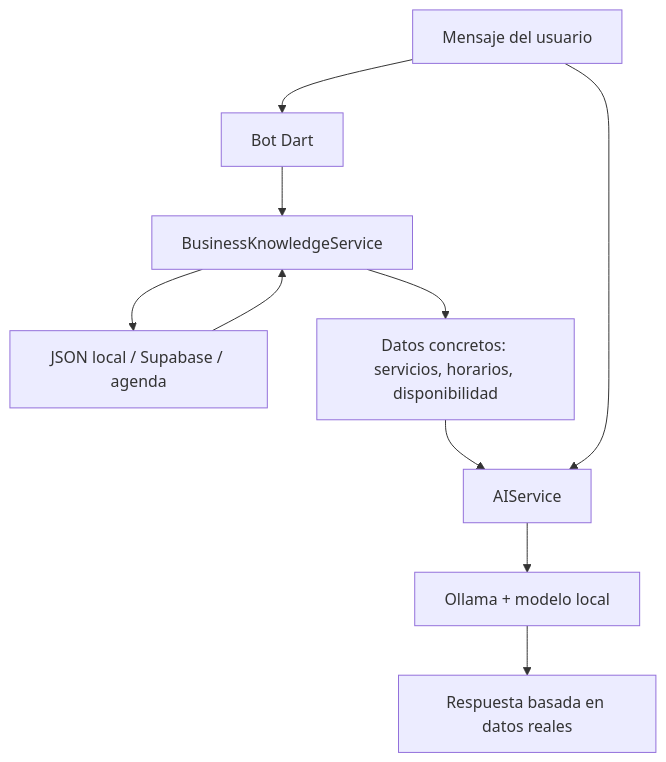
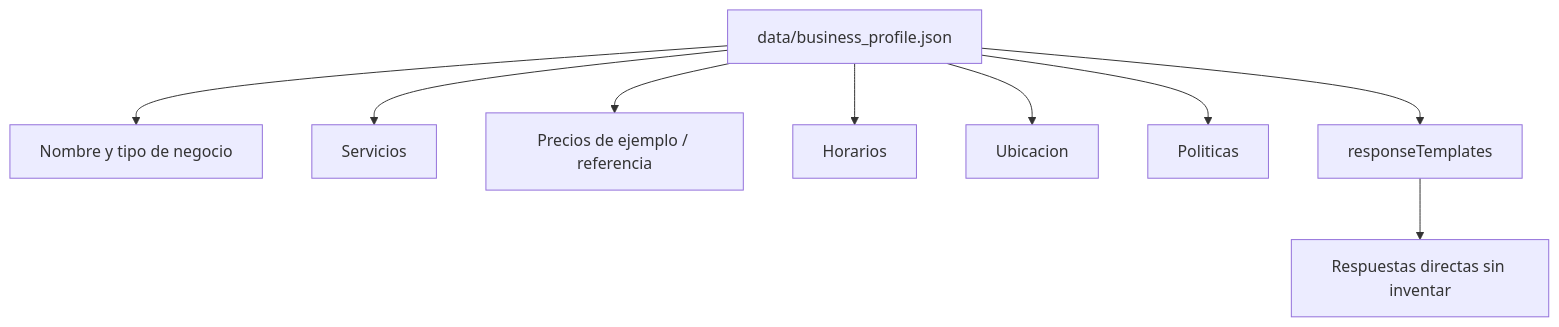
The third of 3 diagrams in Dart2/DOCS/AI_WHATSAPP_FLOW_DIAGRAM.md (kei-kusanagi/Bot-Assistant-Workshop), drawn with Mermaid before and after one commit. The commit also changed other lines of this file and 2 other files, not shown here.

First line of the commit message:
docs(dart2): update WhatsApp AI memory diagrams

````diff
--- a/Dart2/DOCS/AI_WHATSAPP_FLOW_DIAGRAM.md
+++ b/Dart2/DOCS/AI_WHATSAPP_FLOW_DIAGRAM.md
@@ -106,12 +148,11 @@
 ```mermaid
 flowchart TD
-    A[Mensaje del usuario] --> B[Bot Dart]
-    B --> C[BusinessKnowledgeService]
-    C --> D[JSON local / Supabase / agenda]
-    D --> C
-    C --> E[Datos concretos: servicios, horarios, disponibilidad]
-    E --> F[AIService]
-    A --> F
-    F --> G[Ollama + modelo local]
-    G --> H[Respuesta basada en datos reales]
+    A[data/business_profile.json] --> B[Nombre y tipo de negocio]
+    A --> C[Servicios]
+    A --> D[Precios de ejemplo / referencia]
+    A --> E[Horarios]
+    A --> F[Ubicacion]
+    A --> G[Politicas]
+    A --> H[responseTemplates]
+    H --> I[Respuestas directas sin inventar]
 ```
````
